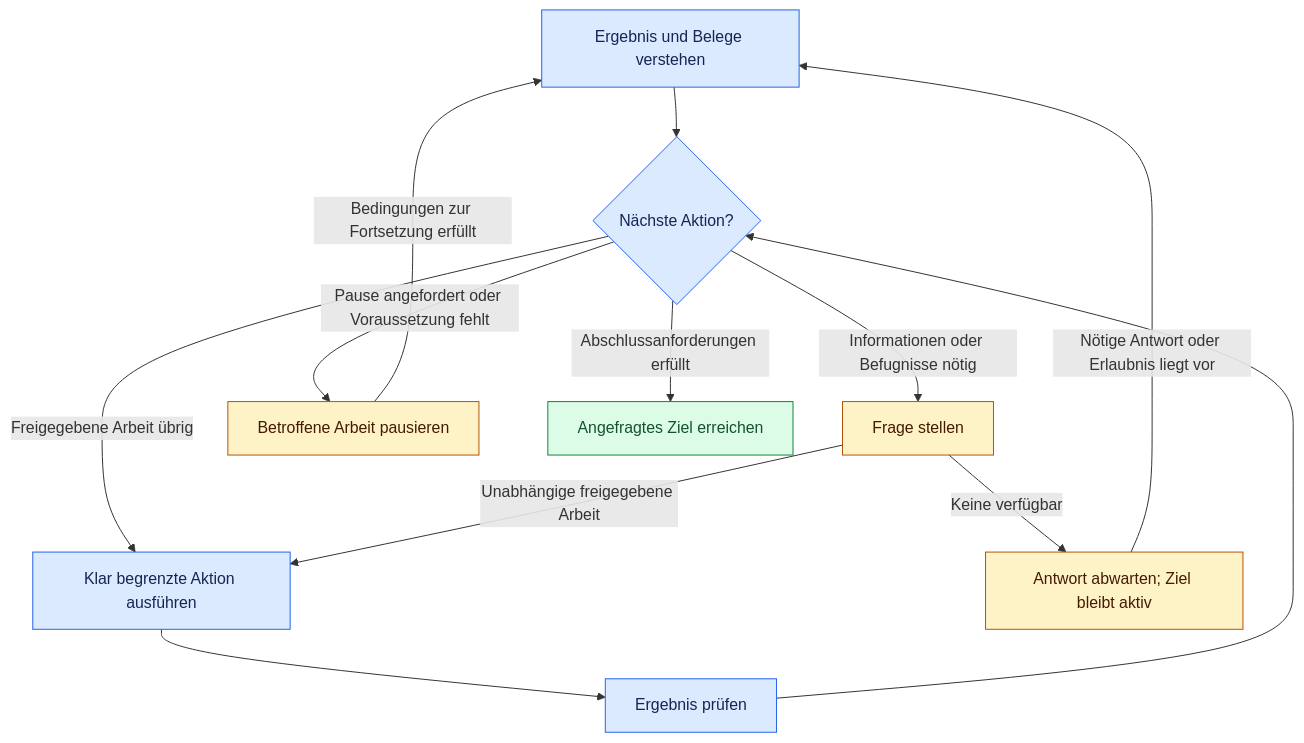
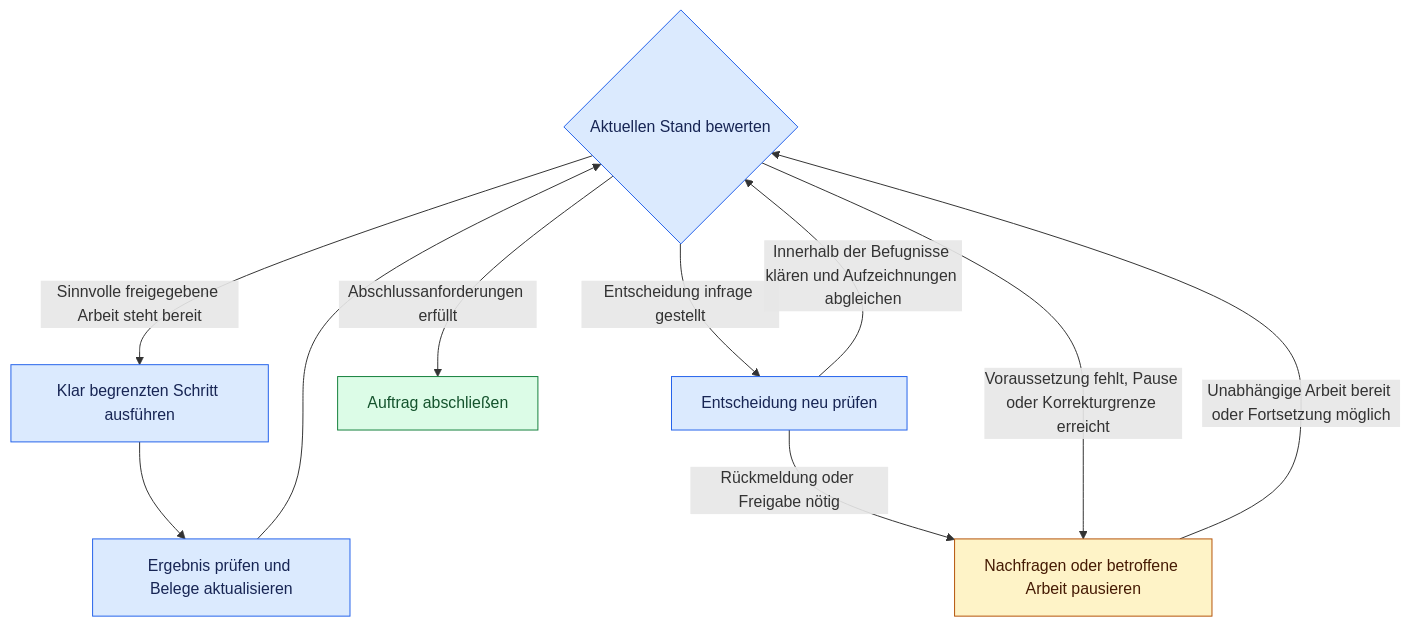
One commit to Lusona/ai-skills changed the diagram in README.de.md. Above: the diagram before and after it, drawn with Mermaid. The commit also changed other lines of this file and 6 other files, not shown here.

````diff
--- a/README.de.md
+++ b/README.de.md
@@ -195,21 +198,20 @@
 ```mermaid
 flowchart TD
-    Understand[Ergebnis und Belege verstehen] --> Assess{Nächste Aktion?}
-    Assess -->|Freigegebene Arbeit übrig| Act[Klar begrenzte Aktion ausführen]
-    Act --> Check[Ergebnis prüfen]
+    Assess{Aktuellen Stand bewerten}
+    Assess -->|Sinnvolle freigegebene Arbeit steht bereit| Act[Klar begrenzten Schritt ausführen]
+    Act --> Check[Ergebnis prüfen und Belege aktualisieren]
     Check --> Assess
-    Assess -->|Informationen oder Befugnisse nötig| Ask[Frage stellen]
-    Ask -->|Unabhängige freigegebene Arbeit| Act
-    Ask -->|Keine verfügbar| Wait[Antwort abwarten; Ziel bleibt aktiv]
-    Wait -->|Nötige Antwort oder Erlaubnis liegt vor| Understand
-    Assess -->|Pause angefordert oder Voraussetzung fehlt| Pause[Betroffene Arbeit pausieren]
-    Pause -->|Bedingungen zur Fortsetzung erfüllt| Understand
-    Assess -->|Abschlussanforderungen erfüllt| Done[Angefragtes Ziel erreichen]
+    Assess -->|Entscheidung infrage gestellt| Revise[Entscheidung neu prüfen]
+    Revise -->|Innerhalb der Befugnisse klären und Aufzeichnungen abgleichen| Assess
+    Revise -->|Rückmeldung oder Freigabe nötig| Blocked[Nachfragen oder betroffene Arbeit pausieren]
+    Assess -->|Voraussetzung fehlt, Pause oder Korrekturgrenze erreicht| Blocked
+    Blocked -->|Unabhängige Arbeit bereit oder Fortsetzung möglich| Assess
+    Assess -->|Abschlussanforderungen erfüllt| Done[Auftrag abschließen]
 
     classDef work fill:#dbeafe,stroke:#2563eb,color:#172554
     classDef input fill:#fef3c7,stroke:#b45309,color:#451a03
     classDef complete fill:#dcfce7,stroke:#15803d,color:#14532d
-    class Understand,Assess,Act,Check work
-    class Ask,Wait,Pause input
+    class Assess,Act,Check,Revise work
+    class Blocked input
     class Done complete
 ```
````
